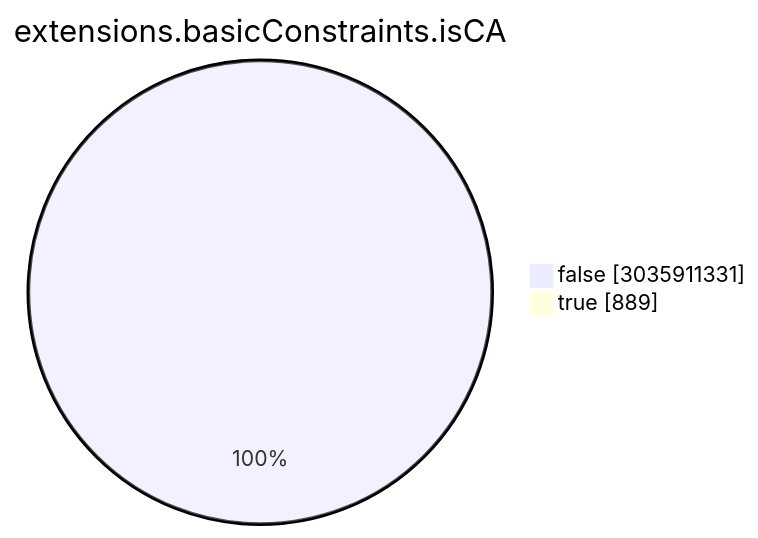
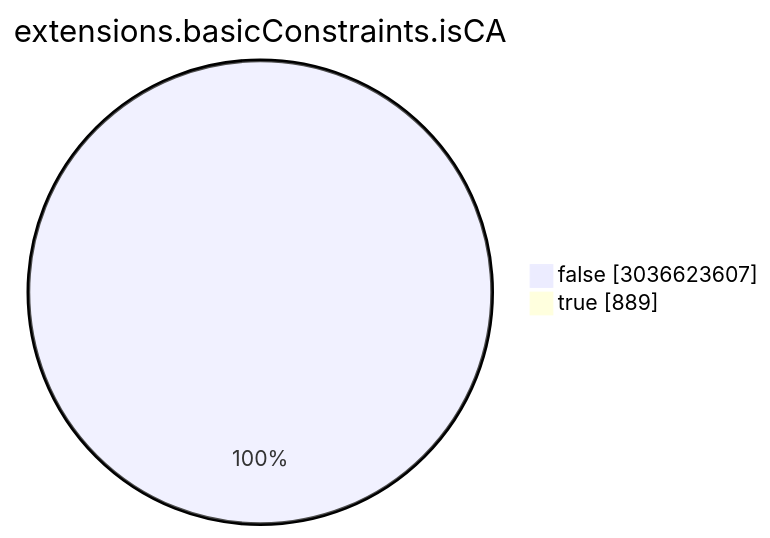
One commit to christiankrug/ctmonitor_visualization changed the seventh of 15 diagrams in TOTAL/README.md. Above: the diagram before and after it, drawn with Mermaid. The commit also changed other lines of this file, not shown here.

````diff
--- a/TOTAL/README.md
+++ b/TOTAL/README.md
@@ -3088,6 +3088,6 @@
 ```mermaid
 pie showData
 title extensions.basicConstraints.isCA
-"false" :3035911331
+"false" :3036623607
 "true" :889
 ```
````
